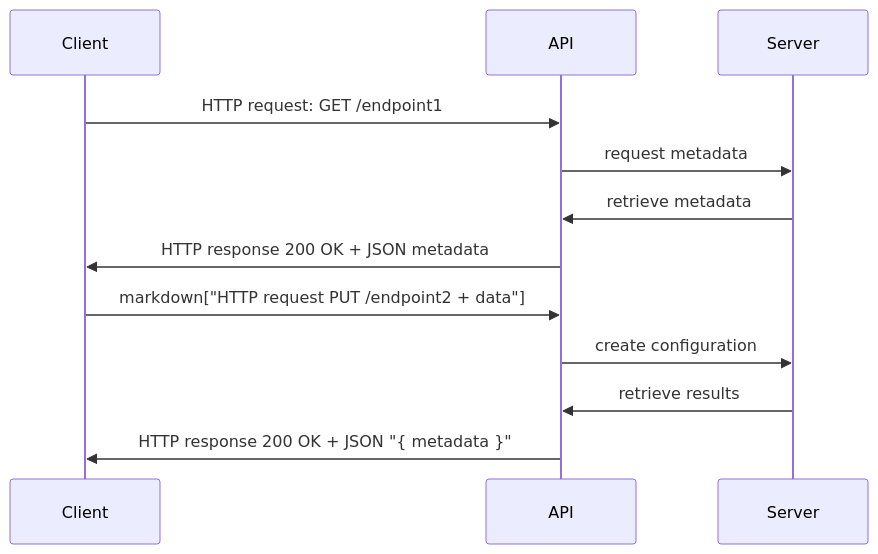
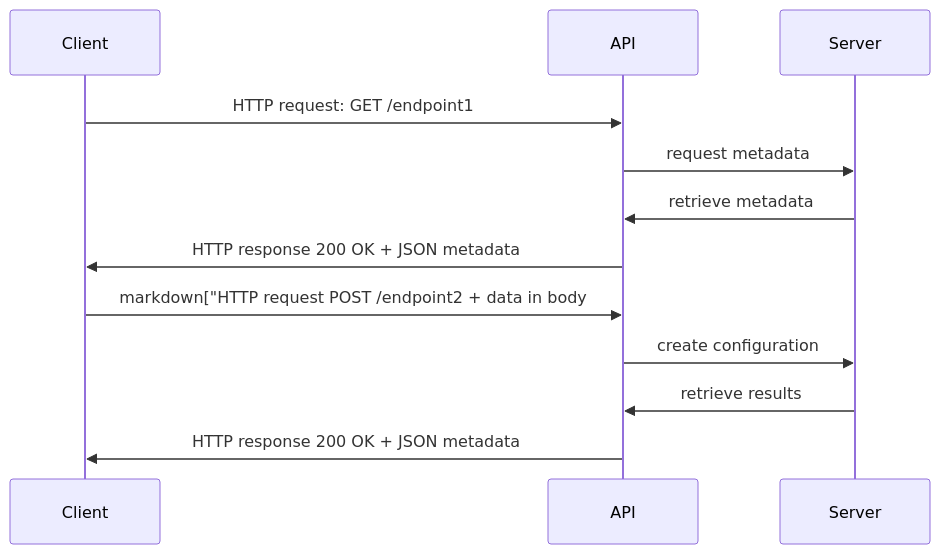
The diagram in README.md (tplisson/api-overview), drawn with Mermaid before and after one commit. The commit also changed other lines of this file, not shown here.

````diff
--- a/README.md
+++ b/README.md
@@ -8,14 +8,14 @@
 ```mermaid
 sequenceDiagram;
     Client ->> API: HTTP request: GET /endpoint1
     API ->> Server: request metadata
     Server ->> API: retrieve metadata
     API ->> Client: HTTP response 200 OK + JSON metadata
   
 
 
-    Client ->> API: markdown["HTTP request PUT /endpoint2 + data"]
+    Client ->> API: markdown["HTTP request POST /endpoint2 + data in body 
     API ->> Server: create configuration
     Server ->> API: retrieve results
-    API ->> Client: HTTP response 200 OK + JSON "{ metadata }"
+    API ->> Client: HTTP response 200 OK + JSON metadata
 ```
````
